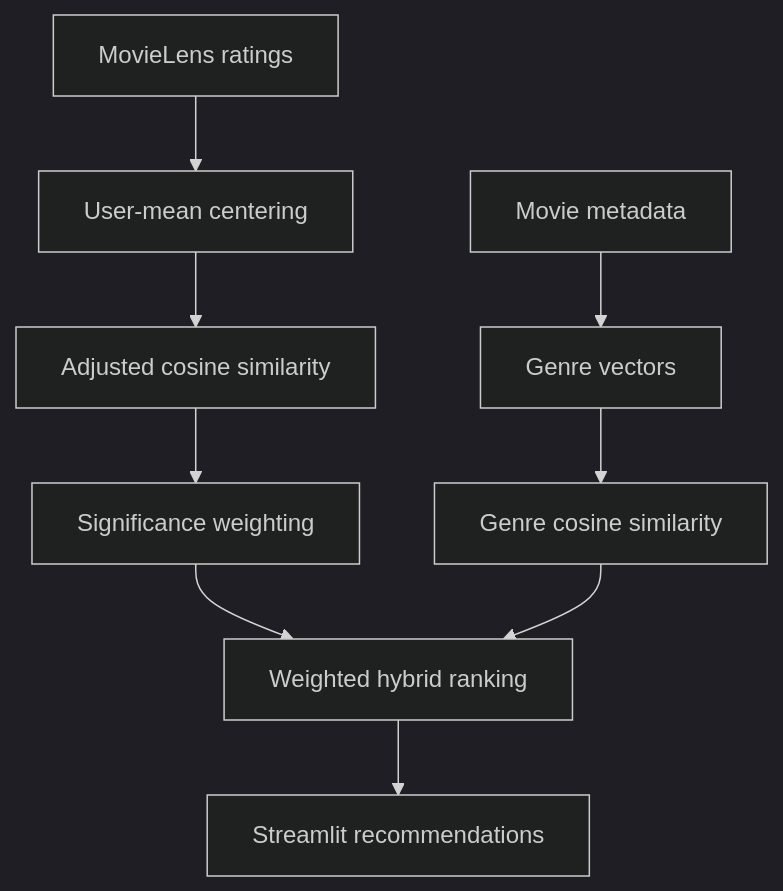
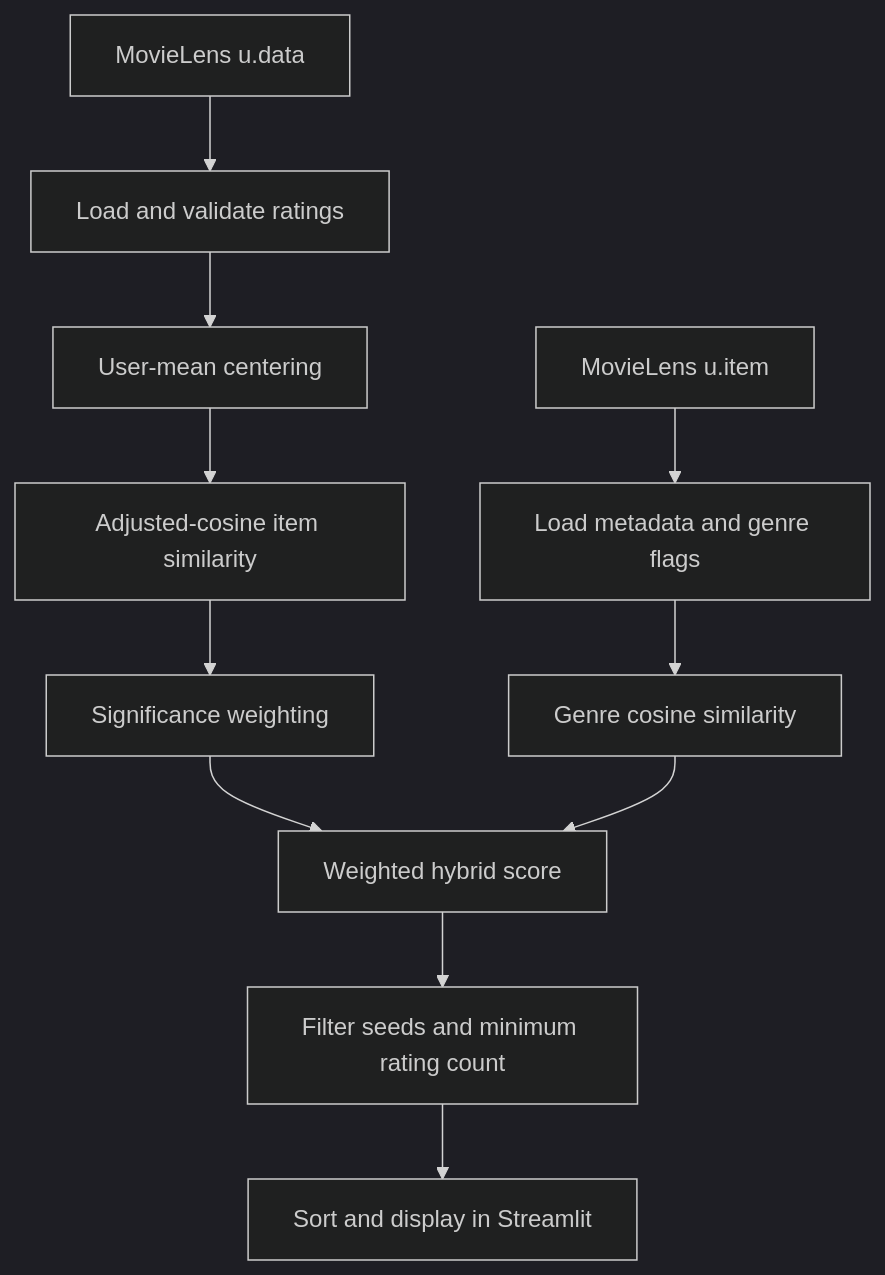
One commit to Anas-S-Muhammed/movie-recommender changed the diagram in README.md. Above: the diagram before and after it, drawn with Mermaid (dark theme). The commit also changed other lines of this file, not shown here.

````diff
--- a/README.md
+++ b/README.md
@@ -37,11 +32,13 @@
 ```mermaid
 flowchart TD
-    A["MovieLens ratings"] --> C["User-mean centering"]
-    B["Movie metadata"] --> D["Genre vectors"]
-    C --> E["Adjusted cosine similarity"]
-    E --> F["Significance weighting"]
-    D --> G["Genre cosine similarity"]
-    F --> H["Weighted hybrid ranking"]
-    G --> H
-    H --> I["Streamlit recommendations"]
+    A[MovieLens u.data] --> C[Load and validate ratings]
+    B[MovieLens u.item] --> D[Load metadata and genre flags]
+    C --> E[User-mean centering]
+    E --> F[Adjusted-cosine item similarity]
+    F --> G[Significance weighting]
+    D --> H[Genre cosine similarity]
+    G --> I[Weighted hybrid score]
+    H --> I
+    I --> J[Filter seeds and minimum rating count]
+    J --> K[Sort and display in Streamlit]
 ```
````
